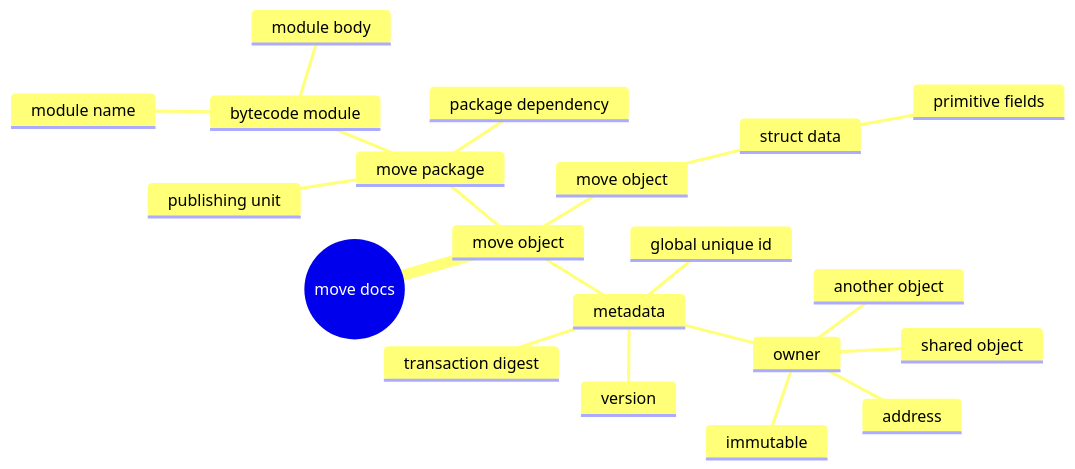
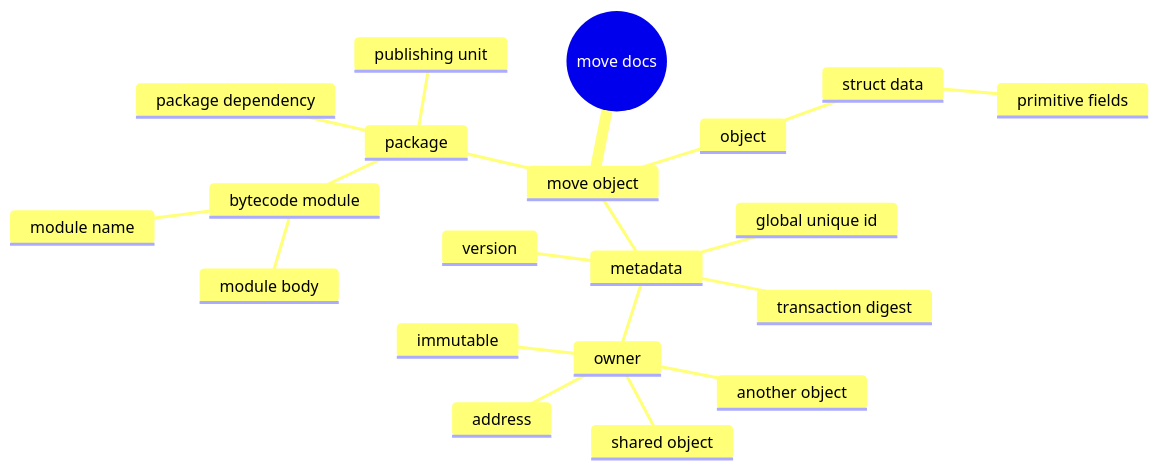
Before and after one commit to wonderfan/blockchain: the second of 2 diagrams in diagram/sui.md, drawn with Mermaid.

````diff
--- a/diagram/sui.md
+++ b/diagram/sui.md
@@ -53,23 +53,23 @@
 ```mermaid
 mindmap
     root((move docs))
         move object
-            move package
+            package
                 bytecode module
                     module name
                     module body
                 publishing unit
                 package dependency                
-            move object
+            object
                 struct data
                     primitive fields
             metadata
                 global unique id
                 version
                 transaction digest
                 owner
                     address
                     another object
                     immutable
                     shared object
 ```
````
